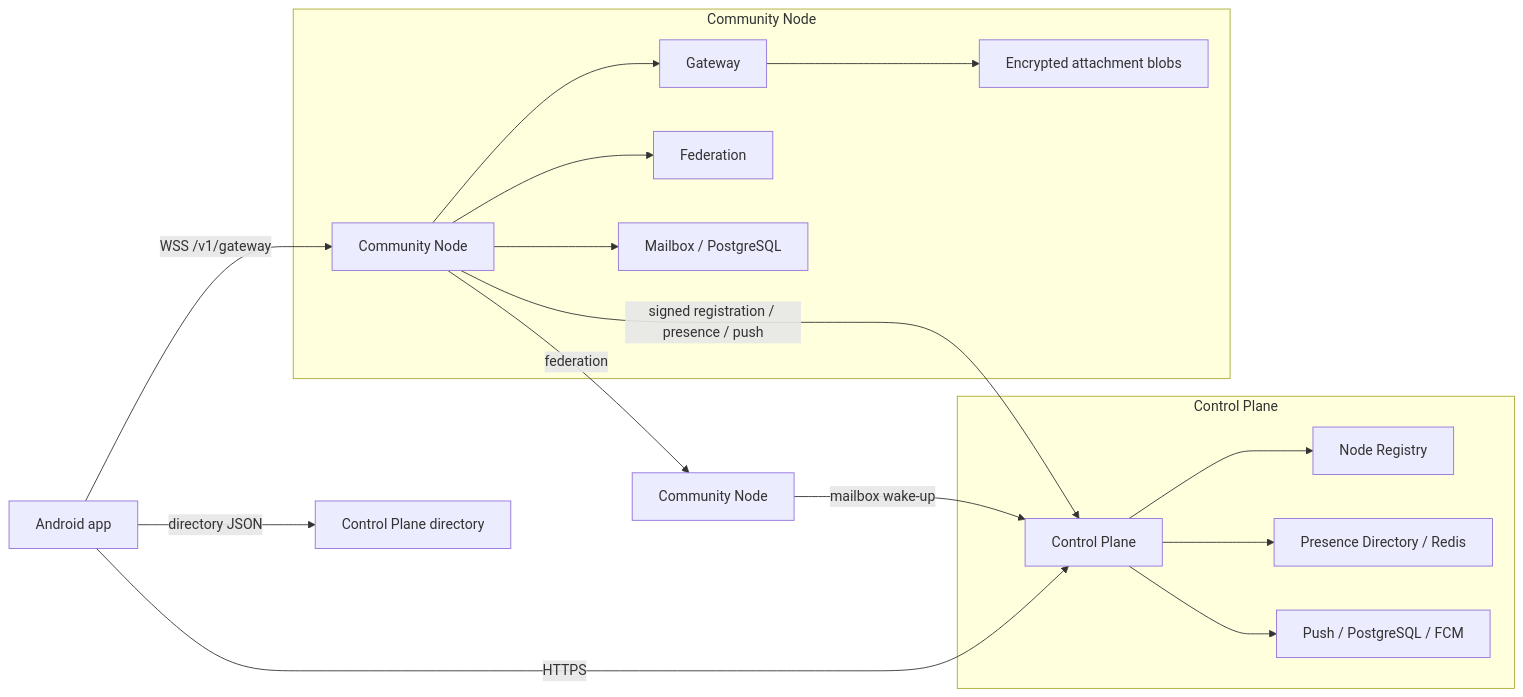
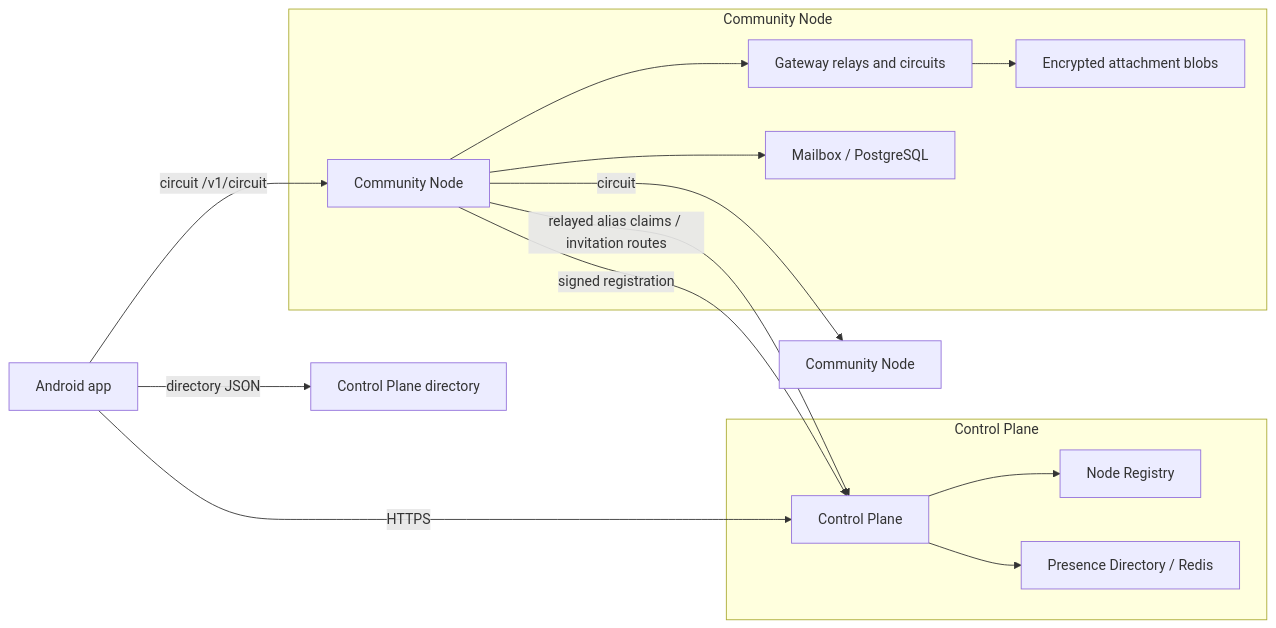
Before and after one commit to cbgm/Sparrow: the diagram in README.md, drawn with Mermaid. The commit also changed other lines of this file and 231 other files, not shown here.

Commit message:
Remove the WebSocket session, the push service and envelope federation

````diff
--- a/README.md
+++ b/README.md
@@ -96,22 +96,20 @@
 ```mermaid
 flowchart LR
     A[Android app] -->|directory JSON| D[Control Plane directory]
     A -->|HTTPS| CP[Control Plane]
-    A -->|WSS /v1/gateway| N1[Community Node]
-    N1 -->|signed registration / presence / push| CP
-    N1 -->|federation| N2[Community Node]
-    N2 -->|mailbox wake-up| CP
+    A -->|circuit /v1/circuit| N1[Community Node]
+    N1 -->|relayed alias claims / invitation routes| CP
+    N1 -->|signed registration| CP
+    N1 -->|circuit| N2[Community Node]
 
     subgraph Control Plane
         CP --> R[Node Registry]
         CP --> P[Presence Directory / Redis]
-        CP --> PU[Push / PostgreSQL / FCM]
     end
 
     subgraph Community Node
-        N1 --> G[Gateway]
+        N1 --> G[Gateway relays and circuits]
         G --> B[Encrypted attachment blobs]
-        N1 --> F[Federation]
         N1 --> M[Mailbox / PostgreSQL]
     end
 ```
````
